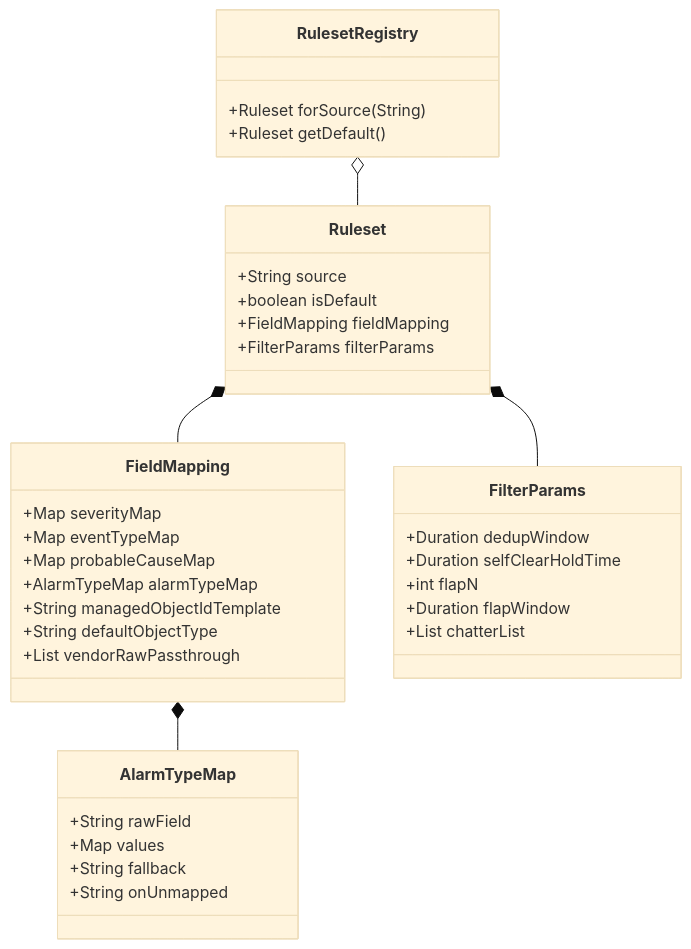
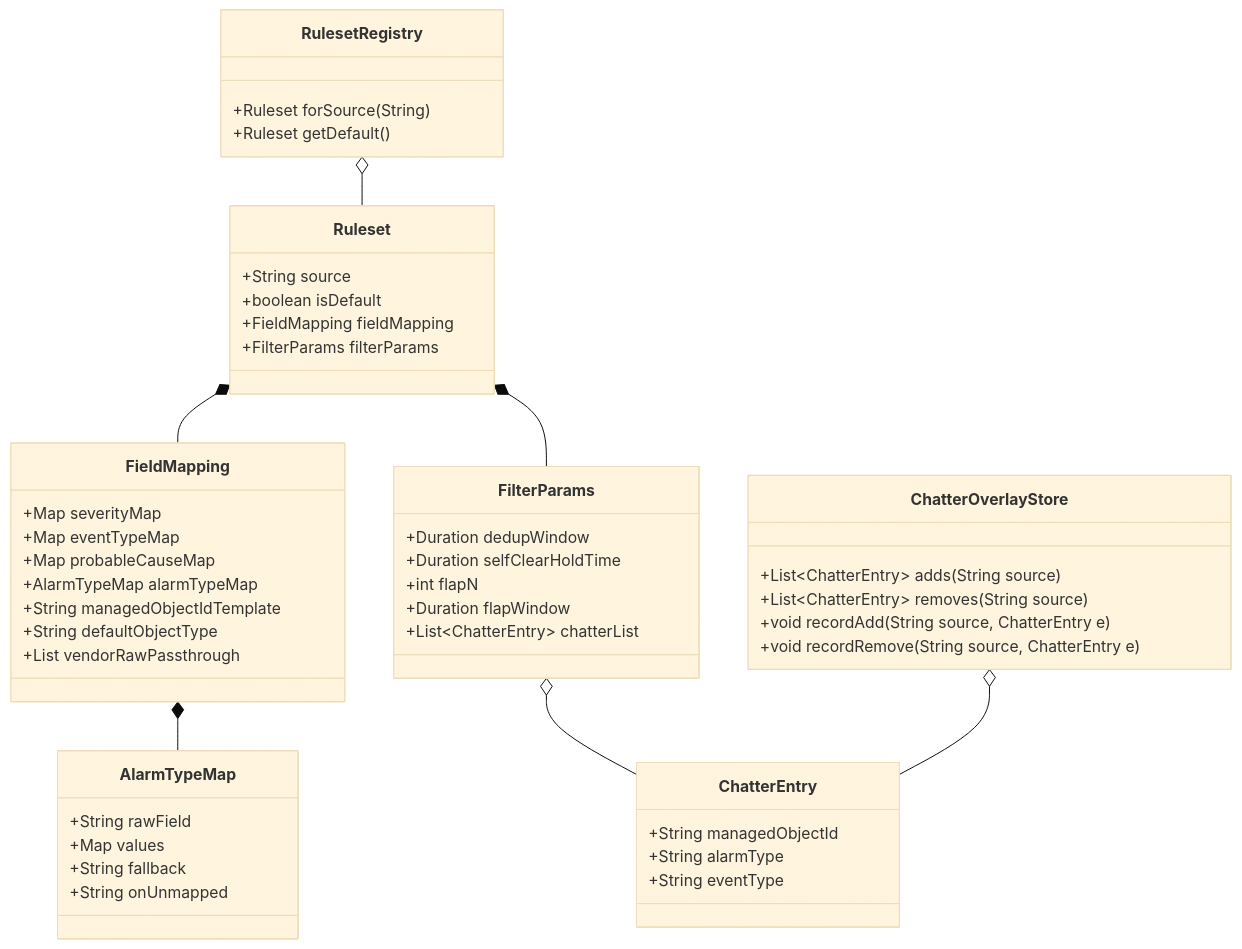
Before and after one commit to nikhilmohan/correlation-platform: the third of 9 diagrams in services/enrichment/design.md, drawn with Mermaid (base theme). The commit also changed other lines of this file and 1 other file, not shown here.

````diff
--- a/services/enrichment/design.md
+++ b/services/enrichment/design.md
@@ -176,39 +237,52 @@
 ```mermaid
 classDiagram
   class Ruleset {
     +String source
     +boolean isDefault
     +FieldMapping fieldMapping
     +FilterParams filterParams
   }
   class FieldMapping {
     +Map severityMap
     +Map eventTypeMap
     +Map probableCauseMap
     +AlarmTypeMap alarmTypeMap
     +String managedObjectIdTemplate
     +String defaultObjectType
     +List vendorRawPassthrough
   }
   class AlarmTypeMap {
     +String rawField
     +Map values
     +String fallback
     +String onUnmapped
   }
   class FilterParams {
     +Duration dedupWindow
     +Duration selfClearHoldTime
     +int flapN
     +Duration flapWindow
-    +List chatterList
+    +List~ChatterEntry~ chatterList
+  }
+  class ChatterEntry {
+    +String managedObjectId
+    +String alarmType
+    +String eventType
   }
   class RulesetRegistry {
     +Ruleset forSource(String)
     +Ruleset getDefault()
   }
+  class ChatterOverlayStore {
+    +List~ChatterEntry~ adds(String source)
+    +List~ChatterEntry~ removes(String source)
+    +void recordAdd(String source, ChatterEntry e)
+    +void recordRemove(String source, ChatterEntry e)
+  }
   RulesetRegistry o-- Ruleset
   Ruleset *-- FieldMapping
   Ruleset *-- FilterParams
   FieldMapping *-- AlarmTypeMap
+  FilterParams o-- ChatterEntry
+  ChatterOverlayStore o-- ChatterEntry
 ```
````
